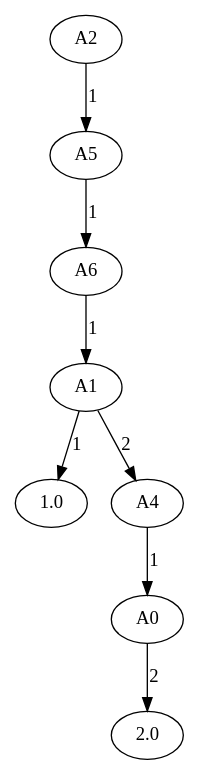
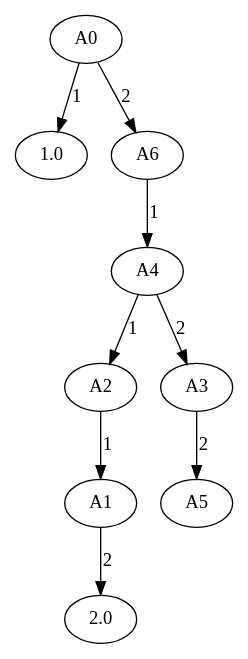
One commit to oyssolbo/TDT4171 changed the diagram in Assignments/A4/data/results/data/tree/Random importance id=4.gv. Above: the diagram before and after it, drawn with Graphviz. The commit also changed 30 other files, not shown here.

```diff
--- a/Assignments/A4/data/results/data/tree/Random importance id=4.gv
+++ b/Assignments/A4/data/results/data/tree/Random importance id=4.gv
@@ -1,18 +1,20 @@
 // Random importance
 digraph {
+	0 [label=A0]
+	1.0 [label=1.0]
+	0 -> 1.0 [label=1]
+	6 [label=A6]
+	0 -> 6 [label=2]
+	4 [label=A4]
+	6 -> 4 [label=1]
 	2 [label=A2]
+	4 -> 2 [label=1]
+	1 [label=A1]
+	2 -> 1 [label=1]
+	2.0 [label=2.0]
+	1 -> 2.0 [label=2]
+	3 [label=A3]
+	4 -> 3 [label=2]
 	5 [label=A5]
-	2 -> 5 [label=1]
-	6 [label=A6]
-	5 -> 6 [label=1]
-	1 [label=A1]
-	6 -> 1 [label=1]
-	1.0 [label=1.0]
-	1 -> 1.0 [label=1]
-	4 [label=A4]
-	1 -> 4 [label=2]
-	0 [label=A0]
-	4 -> 0 [label=1]
-	2.0 [label=2.0]
-	0 -> 2.0 [label=2]
+	3 -> 5 [label=2]
 }
```
